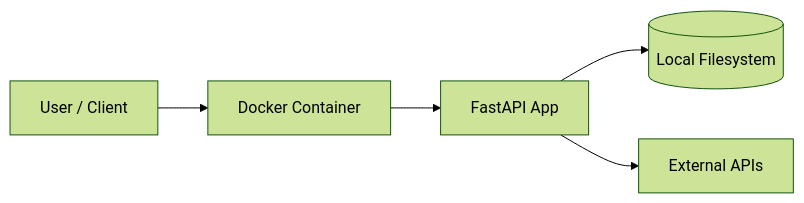
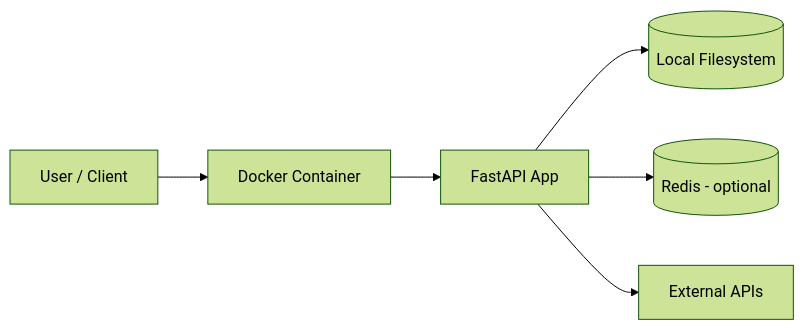
Before and after one commit to Dhruvpatel1804/seo-insight-ai: the third of 4 diagrams in docs/architecture.md, drawn with Mermaid (forest theme). The commit also changed other lines of this file and 3 other files, not shown here.

````diff
--- a/docs/architecture.md
+++ b/docs/architecture.md
@@ -73,13 +92,15 @@
 ```mermaid
 flowchart LR
     User[User / Client]
     Docker[Docker Container]
     App[FastAPI App]
     FS[(Local Filesystem)]
+    Redis[(Redis - optional)]
     Ext[External APIs]
 
     User --> Docker
     Docker --> App
     App --> FS
+    App --> Redis
     App --> Ext
 ```
````
